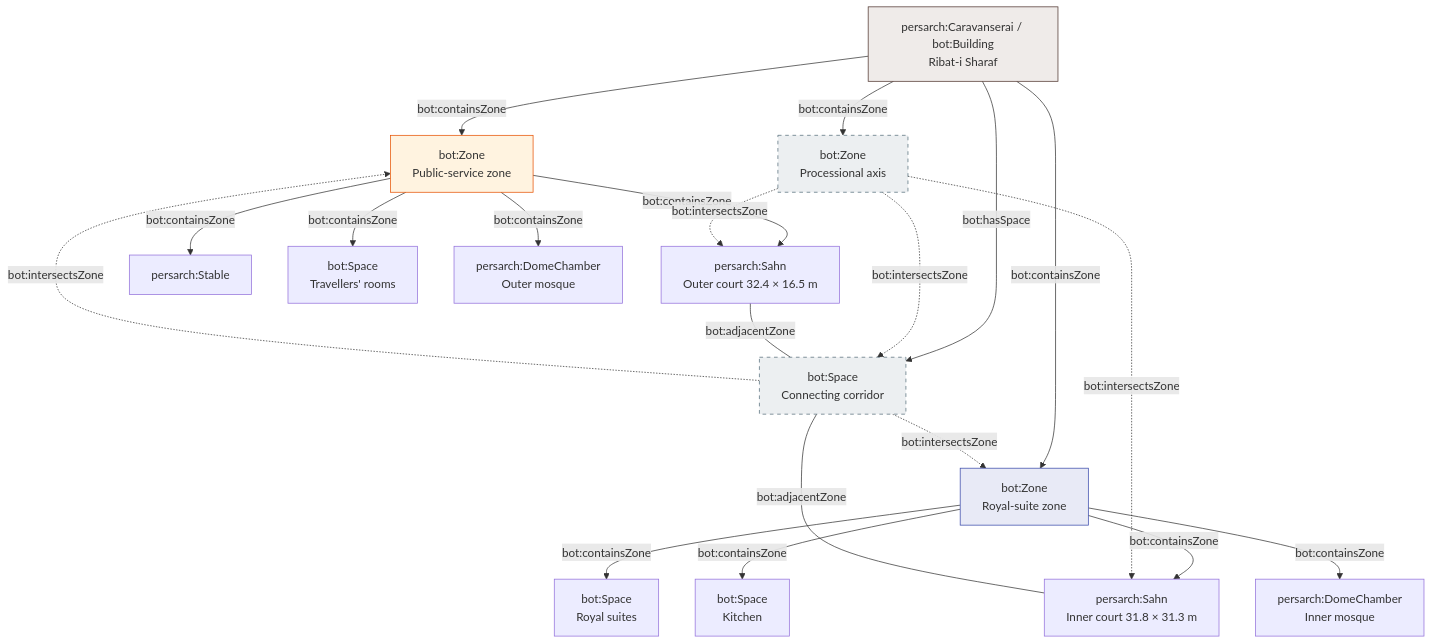
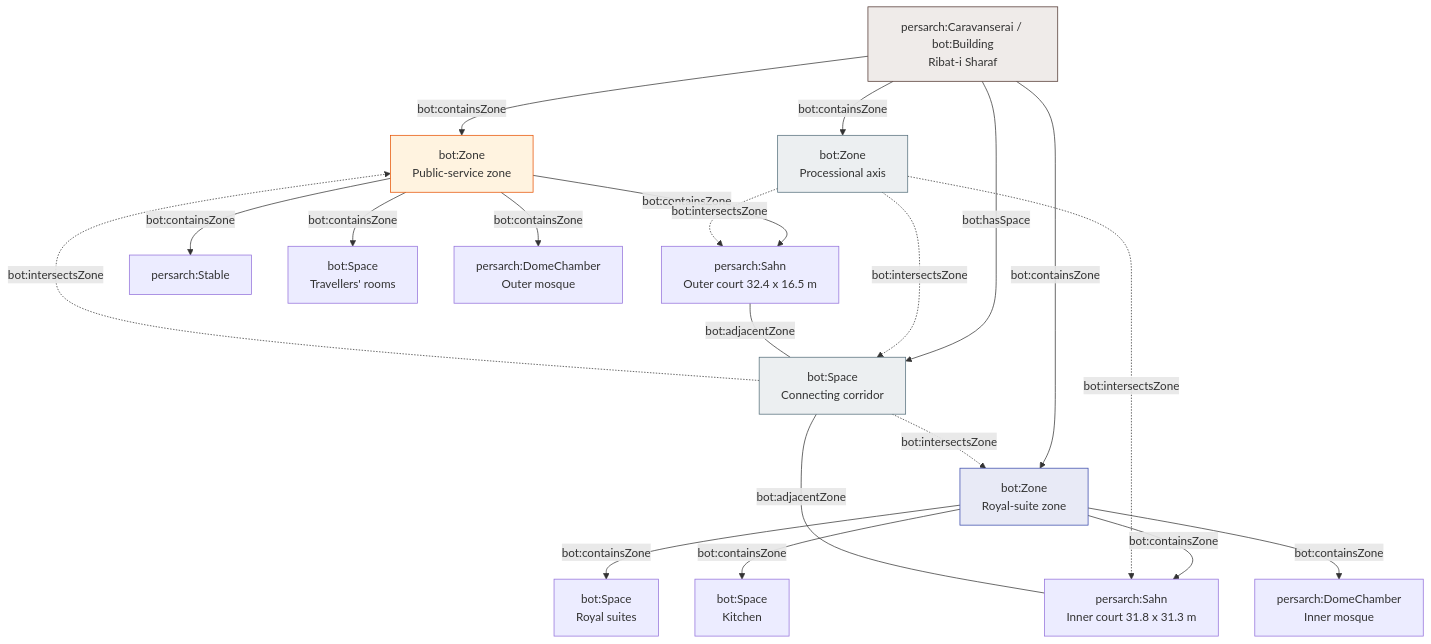
Before and after one commit to MehranDHN/persarch: diagram 11 of 16 in README.md, drawn with Mermaid. The commit also changed other lines of this file, not shown here.

Commit message:
Extending readme by double chack mermaid diagram and adding revit BIM section

````diff
--- a/README.md
+++ b/README.md
@@ -1153,34 +1223,34 @@
 ```mermaid
 graph TD
-    C["persarch:Caravanserai / bot:Building<br/>Ribat-i Sharaf"]
+    C["persarch:Caravanserai / bot:Building<br>Ribat-i Sharaf"]
 
-    C -->|bot:containsZone| Pub["bot:Zone<br/>Public-service zone"]
-    C -->|bot:containsZone| Roy["bot:Zone<br/>Royal-suite zone"]
-    C -->|bot:containsZone| Axis["bot:Zone<br/>Processional axis"]
-    C -->|bot:hasSpace| Corr["bot:Space<br/>Connecting corridor"]
+    C -->|bot:containsZone| Pub["bot:Zone<br>Public-service zone"]
+    C -->|bot:containsZone| Roy["bot:Zone<br>Royal-suite zone"]
+    C -->|bot:containsZone| Axis["bot:Zone<br>Processional axis"]
+    C -->|bot:hasSpace| Corr["bot:Space<br>Connecting corridor"]
 
-    Pub -->|bot:containsZone| Outer["persarch:Sahn<br/>Outer court 32.4 × 16.5 m"]
+    Pub -->|bot:containsZone| Outer["persarch:Sahn<br>Outer court 32.4 x 16.5 m"]
     Pub -->|bot:containsZone| Stables["persarch:Stable"]
-    Pub -->|bot:containsZone| Rooms["bot:Space<br/>Travellers' rooms"]
-    Pub -->|bot:containsZone| MosqO["persarch:DomeChamber<br/>Outer mosque"]
+    Pub -->|bot:containsZone| Rooms["bot:Space<br>Travellers' rooms"]
+    Pub -->|bot:containsZone| MosqO["persarch:DomeChamber<br>Outer mosque"]
 
-    Roy -->|bot:containsZone| Inner["persarch:Sahn<br/>Inner court 31.8 × 31.3 m"]
-    Roy -->|bot:containsZone| Suites["bot:Space<br/>Royal suites"]
-    Roy -->|bot:containsZone| Kitchen["bot:Space<br/>Kitchen"]
-    Roy -->|bot:containsZone| MosqI["persarch:DomeChamber<br/>Inner mosque"]
+    Roy -->|bot:containsZone| Inner["persarch:Sahn<br>Inner court 31.8 x 31.3 m"]
+    Roy -->|bot:containsZone| Suites["bot:Space<br>Royal suites"]
+    Roy -->|bot:containsZone| Kitchen["bot:Space<br>Kitchen"]
+    Roy -->|bot:containsZone| MosqI["persarch:DomeChamber<br>Inner mosque"]
 
     Corr -.->|bot:intersectsZone| Pub
     Corr -.->|bot:intersectsZone| Roy
     Axis -.->|bot:intersectsZone| Outer
     Axis -.->|bot:intersectsZone| Inner
     Axis -.->|bot:intersectsZone| Corr
 
     Outer ---|bot:adjacentZone| Corr
     Inner ---|bot:adjacentZone| Corr
 
     style C fill:#efebe9,stroke:#4e342e
     style Pub fill:#fff3e0,stroke:#e65100
     style Roy fill:#e8eaf6,stroke:#3949ab
-    style Corr fill:#eceff1,stroke:#546e7a,stroke-dasharray: 5 5
-    style Axis fill:#eceff1,stroke:#546e7a,stroke-dasharray: 5 5
+    style Corr fill:#eceff1,stroke:#546e7a
+    style Axis fill:#eceff1,stroke:#546e7a
 ```
````
